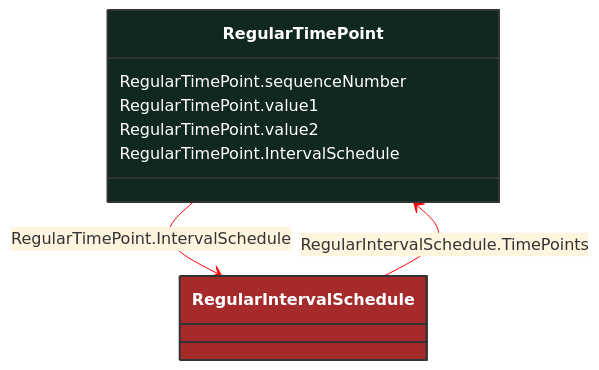
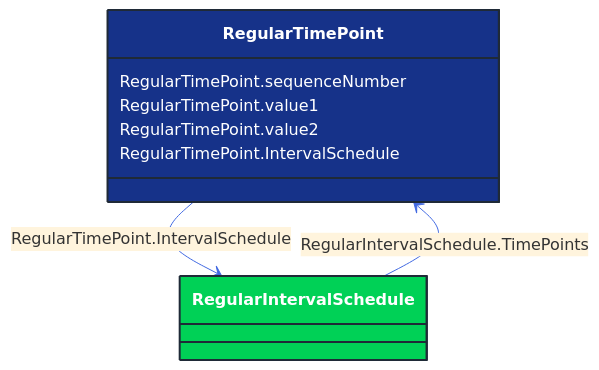
The diagram in docs/Models/Profiles/CoreEquipment/ConcreteClasses/RegularTimePoint.md (3lbits/NoCIMExtensions), drawn with Mermaid before and after one commit. The commit also changed 362 other files, not shown here.

First line of the commit message:
Update diagrams and styles for improved visual consistency

````diff
--- a/docs/Models/Profiles/CoreEquipment/ConcreteClasses/RegularTimePoint.md
+++ b/docs/Models/Profiles/CoreEquipment/ConcreteClasses/RegularTimePoint.md
@@ -8,25 +8,25 @@
 ```mermaid
-%%{init: {'theme':'base','themeVariables': {'lineColor': '#FF0000'}}}%%
+%%{init: {'theme':'base','themeVariables': {'lineColor': '#4169E1'}}}%%
 classDiagram
     class RegularTimePoint
     click RegularTimePoint href "/Models/Profiles/CoreEquipment/ConcreteClasses/RegularTimePoint/"
-    style RegularTimePoint fill:#102820,stroke:#333,stroke-width:2px,rx:10,ry:10,color:white
+    style RegularTimePoint fill:#163289,stroke:#1F2A37,stroke-width:2px,rx:10,ry:10,color:white
 
         RegularTimePoint --> RegularIntervalSchedule : RegularTimePoint.IntervalSchedule
 
         RegularIntervalSchedule
             click RegularIntervalSchedule href "/Models/Profiles/CoreEquipment/AbstractClasses/RegularIntervalSchedule/"
-            style RegularIntervalSchedule fill:#A52A2A,stroke:#333,stroke-width:2px,rx:10,ry:10,color:white
+            style RegularIntervalSchedule fill:#00D156,stroke:#1F2A37,stroke-width:2px,rx:10,ry:10,color:white
 
         RegularIntervalSchedule --> RegularTimePoint : RegularIntervalSchedule.TimePoints
 
         RegularIntervalSchedule
             click RegularIntervalSchedule href "/Models/Profiles/CoreEquipment/AbstractClasses/RegularIntervalSchedule/"
-            style RegularIntervalSchedule fill:#A52A2A,stroke:#333,stroke-width:2px,rx:10,ry:10,color:white
+            style RegularIntervalSchedule fill:#00D156,stroke:#1F2A37,stroke-width:2px,rx:10,ry:10,color:white
 
 
         RegularTimePoint : RegularTimePoint.sequenceNumber
         RegularTimePoint : RegularTimePoint.value1
         RegularTimePoint : RegularTimePoint.value2
         RegularTimePoint : RegularTimePoint.IntervalSchedule
 ```
````
